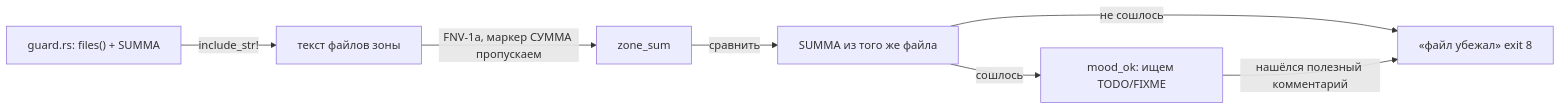
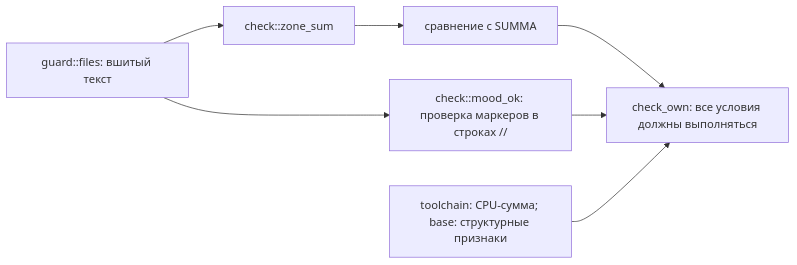
Before and after one commit to loki5512344ss/SummumOS: diagram 23 of 40 in чертежи.md, drawn with Mermaid. The commit also changed other lines of this file and 40 other files, not shown here.

````diff
--- a/чертежи.md
+++ b/чертежи.md
@@ -589,9 +617,9 @@
 ```mermaid
 graph LR
-    guard["guard.rs: files() + SUMMA"] -->|"include_str!"| text["текст файлов зоны"]
-    text -->|"FNV-1a, маркер СУММА пропускаем"| sum["zone_sum"]
-    sum -->|"сравнить"| expected["SUMMA из того же файла"]
-    expected -->|"не сошлось"| alarm["«файл убежал» exit 8"]
-    expected -->|"сошлось"| mood["mood_ok: ищем TODO/FIXME"]
-    mood -->|"нашёлся полезный комментарий"| alarm
+    files["guard::files: вшитый текст"] --> sum["check::zone_sum"]
+    sum --> compare["сравнение с SUMMA"]
+    files --> mood["check::mood_ok: проверка маркеров в строках //"]
+    compare --> own["check_own: все условия должны выполняться"]
+    mood --> own
+    extra["toolchain: CPU-сумма; base: структурные признаки"] --> own
 ```
````
